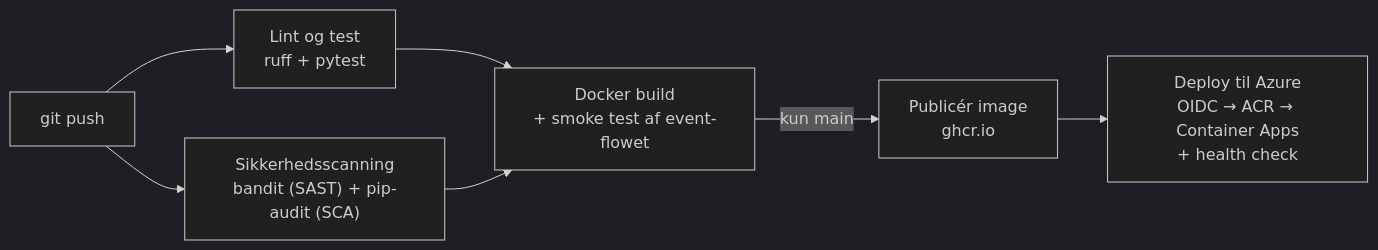
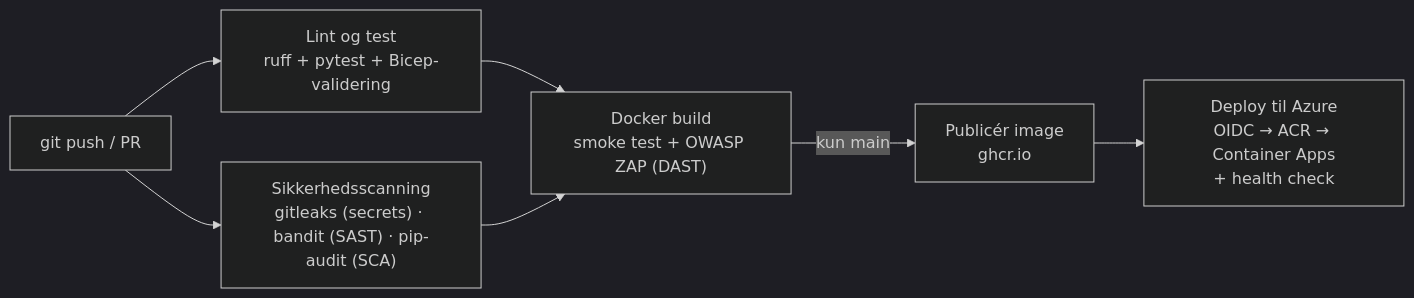
Before and after one commit to afcollin/iot-predictive-maintenance: the third of 4 diagrams in README.md, drawn with Mermaid (dark theme). The commit also changed other lines of this file and 9 other files, not shown here.

````diff
--- a/README.md
+++ b/README.md
@@ -145,9 +149,9 @@
 ```mermaid
 flowchart LR
-    P[git push] --> T["Lint og test<br/>ruff + pytest"]
-    P --> SEC["Sikkerhedsscanning<br/>bandit (SAST) + pip-audit (SCA)"]
-    T --> B["Docker build<br/>+ smoke test af event-flowet"]
+    P[git push / PR] --> T["Lint og test<br/>ruff + pytest + Bicep-validering"]
+    P --> SEC["Sikkerhedsscanning<br/>gitleaks (secrets) · bandit (SAST) · pip-audit (SCA)"]
+    T --> B["Docker build<br/>smoke test + OWASP ZAP (DAST)"]
     SEC --> B
     B -- "kun main" --> G["Publicér image<br/>ghcr.io"]
     G --> D["Deploy til Azure<br/>OIDC → ACR → Container Apps<br/>+ health check"]
 ```
````
